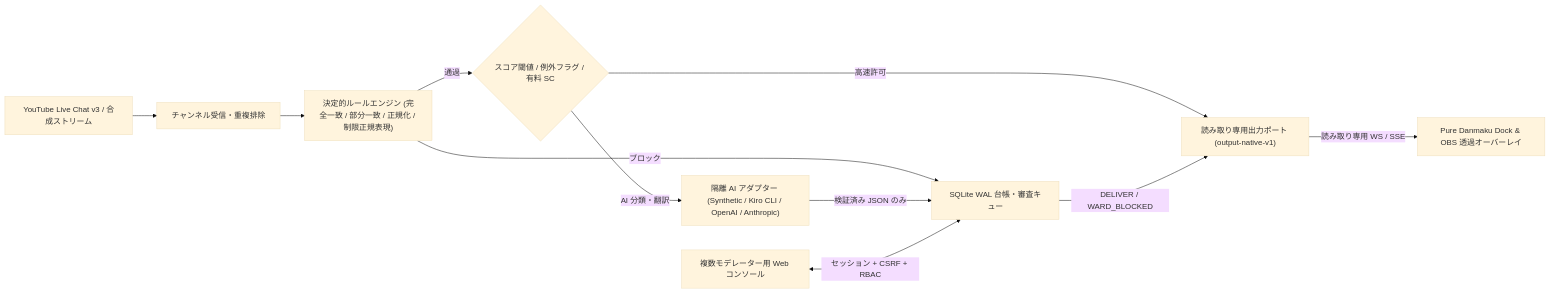
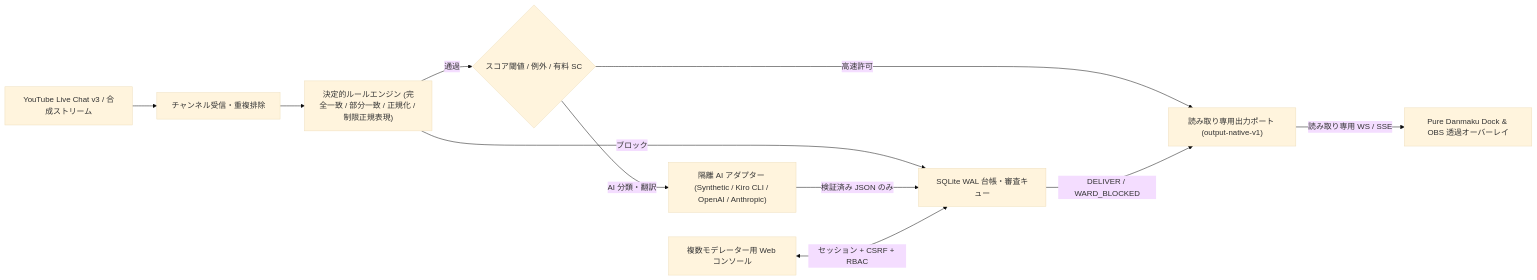
The diagram in README.ja.md (tpmoonchefryan/Voxward), drawn with Mermaid (base theme) before and after one commit. The commit also changed other lines of this file and 10 other files, not shown here.

Commit message:
docs(readme): add product icon, UI previews, pre-release notice, stack, structure, and roadmap

````diff
--- a/README.ja.md
+++ b/README.ja.md
@@ -60,13 +96,13 @@
 ```mermaid
 flowchart LR
     YT["YouTube Live Chat v3 / 合成ストリーム"] --> IN["チャンネル受信・重複排除"]
     IN --> BASE["決定的ルールエンジン (完全一致 / 部分一致 / 正規化 / 制限正規表現)"]
     BASE -->|ブロック| STORE["SQLite WAL 台帳・審査キュー"]
-    BASE -->|通過| ROUTE{"スコア閾値 / 例外フラグ / 有料 SC"}
+    BASE -->|通過| ROUTE{"スコア閾値 / 例外 / 有料 SC"}
     ROUTE -->|高速許可| OUT["読み取り専用出力ポート (output-native-v1)"]
     ROUTE -->|AI 分類・翻訳| AI["隔離 AI アダプター (Synthetic / Kiro CLI / OpenAI / Anthropic)"]
     AI -->|検証済み JSON のみ| STORE
     STORE -->|DELIVER / WARD_BLOCKED| OUT
     UI["複数モデレーター用 Web コンソール"] <-->|セッション + CSRF + RBAC| STORE
     OUT -->|読み取り専用 WS / SSE| DOCK["Pure Danmaku Dock & OBS 透過オーバーレイ"]
 ```
````
